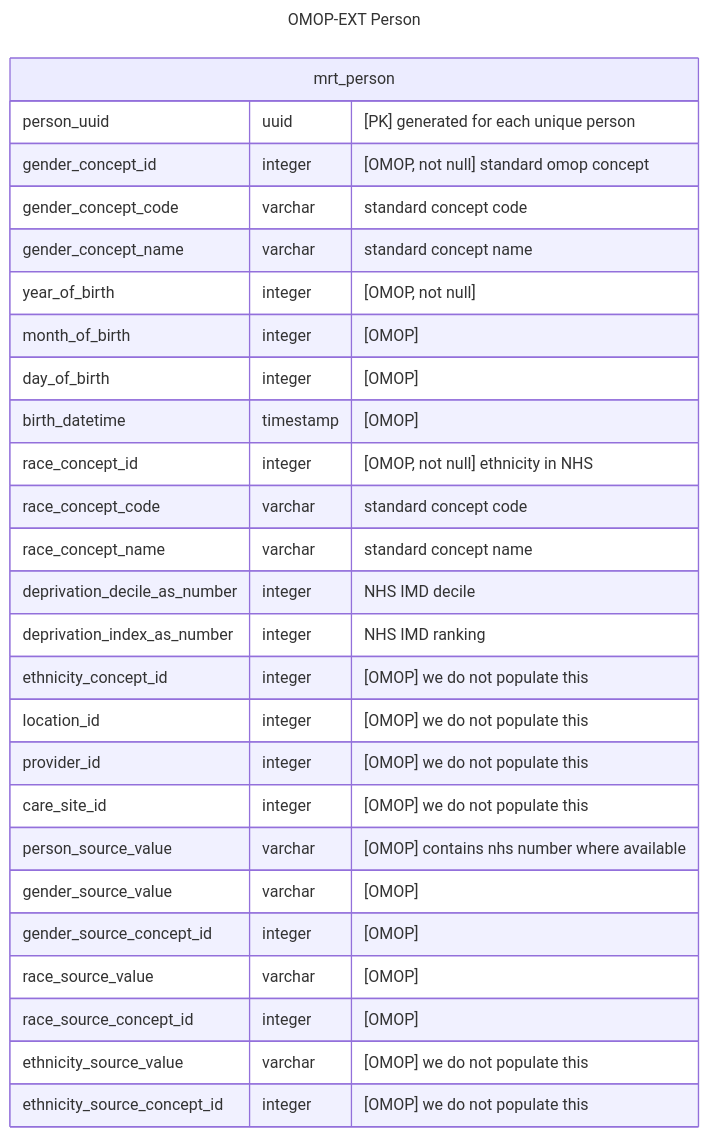
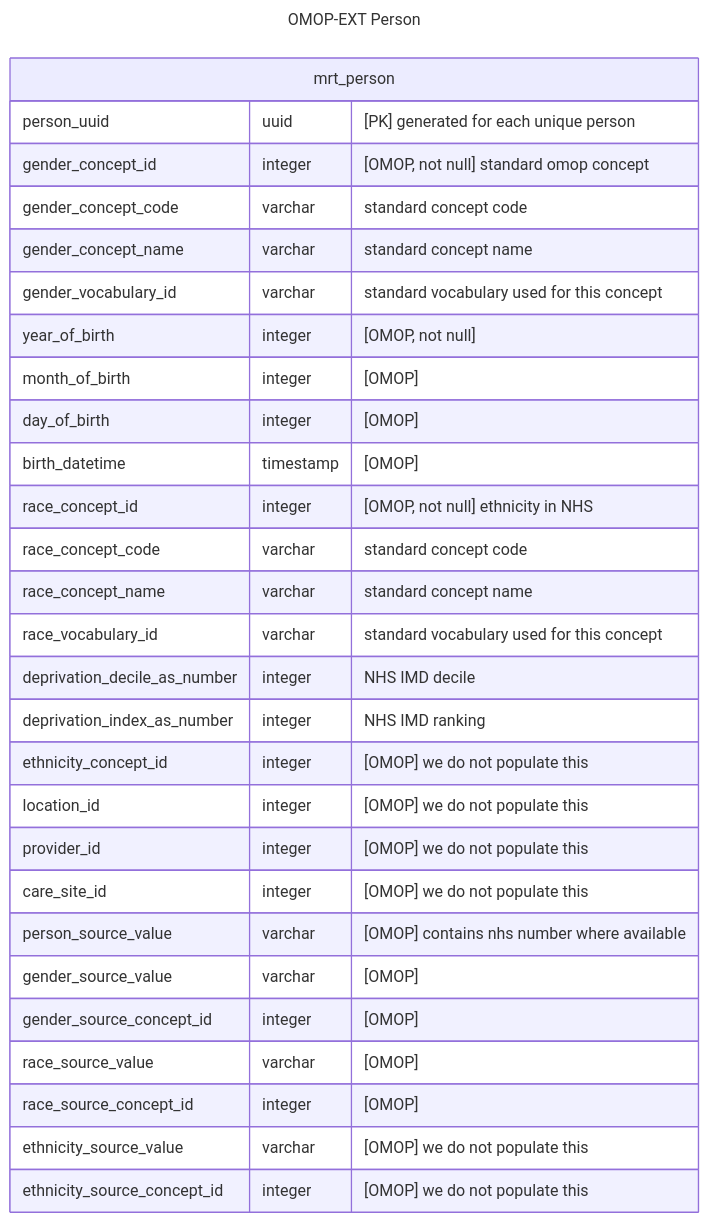
Before and after one commit to d3london/sde_aic_external_docs: the fourth of 5 diagrams in src/pages/data_model/cdm_person.qmd, drawn with Mermaid. The commit also changed other lines of this file and 2 other files, not shown here.

````diff
--- a/src/pages/data_model/cdm_person.qmd
+++ b/src/pages/data_model/cdm_person.qmd
@@ -124,32 +128,34 @@
 ```{mermaid}
 ---
 title: OMOP-EXT Person
 ---
 erDiagram
     mrt_person {
         person_uuid uuid "[PK] generated for each unique person"
         gender_concept_id integer "[OMOP, not null] standard omop concept"
         gender_concept_code varchar "standard concept code"
         gender_concept_name varchar "standard concept name"
+        gender_vocabulary_id varchar "standard vocabulary used for this concept"
         year_of_birth integer "[OMOP, not null]"
         month_of_birth integer "[OMOP]"
         day_of_birth integer "[OMOP]"
         birth_datetime timestamp "[OMOP]"
         race_concept_id integer "[OMOP, not null] ethnicity in NHS"
         race_concept_code varchar "standard concept code"
         race_concept_name varchar "standard concept name"
+        race_vocabulary_id varchar "standard vocabulary used for this concept"        
         deprivation_decile_as_number integer "NHS IMD decile"       
         deprivation_index_as_number integer "NHS IMD ranking"
         ethnicity_concept_id integer "[OMOP] we do not populate this"
         location_id integer "[OMOP] we do not populate this"
         provider_id integer "[OMOP] we do not populate this"
         care_site_id integer "[OMOP] we do not populate this"
         person_source_value varchar "[OMOP] contains nhs number where available"
         gender_source_value varchar "[OMOP]"
         gender_source_concept_id integer "[OMOP]"
         race_source_value varchar "[OMOP]"
         race_source_concept_id integer "[OMOP]"
         ethnicity_source_value varchar "[OMOP] we do not populate this"
         ethnicity_source_concept_id integer "[OMOP] we do not populate this"   
     }
 ```
````
